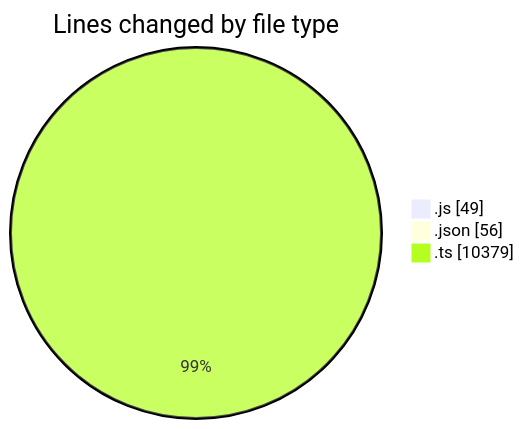
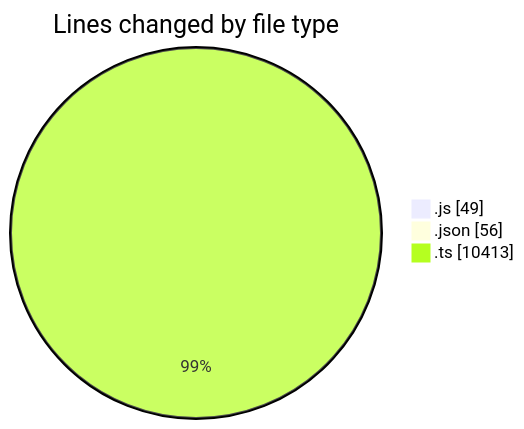
Before and after one commit to momahboobian/code-tracking: the first of 2 diagrams in 2025-09-04/cda/README.md, drawn with Mermaid. The commit also changed other lines of this file and 1 other file, not shown here.

````diff
--- a/2025-09-04/cda/README.md
+++ b/2025-09-04/cda/README.md
@@ -24,7 +25,7 @@
 ```mermaid
 pie showData
 title Lines changed by file type
 ".js" : 49
 ".json" : 56
-".ts" : 10379
+".ts" : 10413
 ```
````
